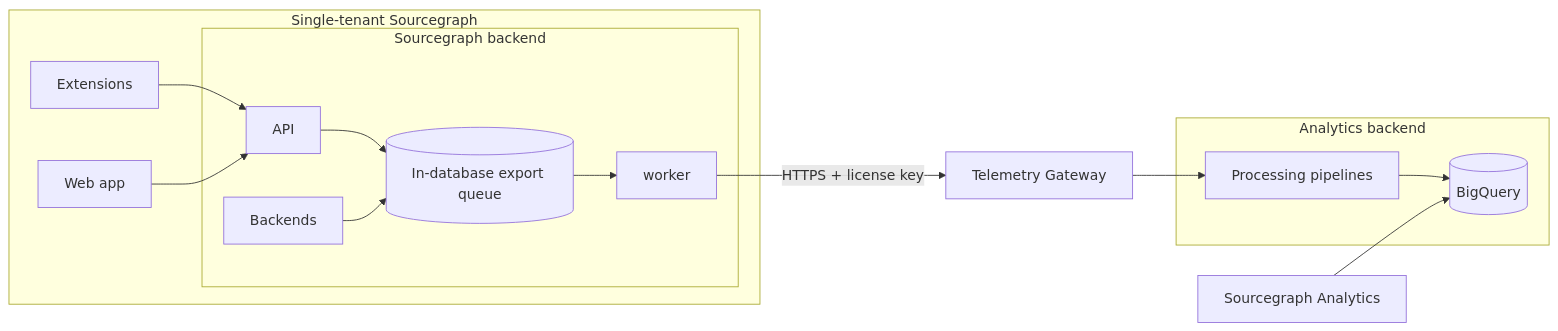
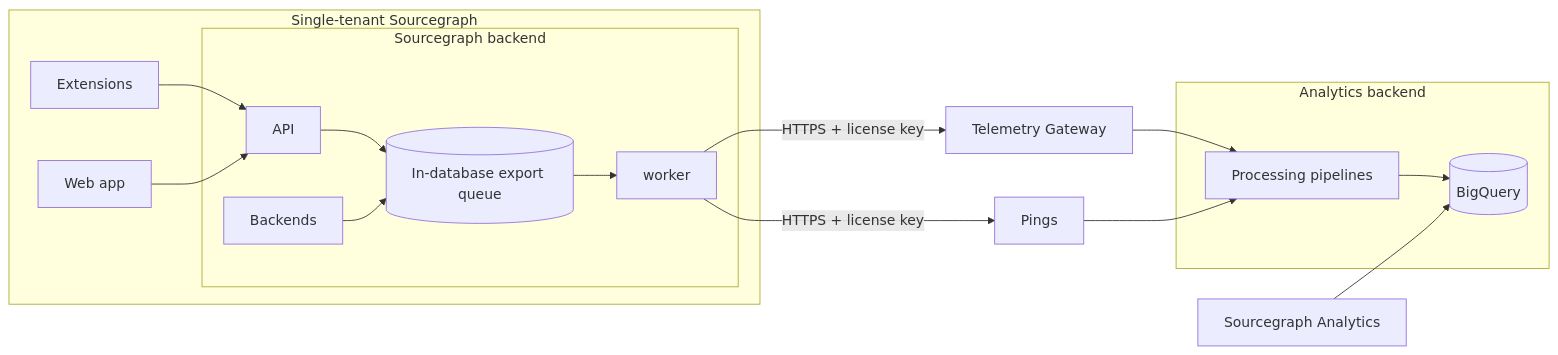
Before and after one commit to sourcegraph/docs: the fourth of 4 diagrams in docs/admin/architecture.mdx, drawn with Mermaid. The commit also changed other lines of this file, not shown here.

````diff
--- a/docs/admin/architecture.mdx
+++ b/docs/admin/architecture.mdx
@@ -365,25 +362,27 @@
 ```mermaid
 flowchart LR
     subgraph "Single-tenant Sourcegraph"
         ext[Extensions] --> api
         web[Web app] --> api
 
         subgraph sg["Sourcegraph backend"]
             api[API] --> db[("In-database export queue")]
             svc[Backends] --> db
             db --> worker
         end
     end
 
+    worker -- "HTTPS + license key" --> pings[Pings]
     worker -- "HTTPS + license key" --> tg[Telemetry Gateway]
 
     tg --> pipelines
+    pings --> pipelines
     subgraph datalake["Analytics backend"]
         pipelines[Processing pipelines]
         pipelines --> bq[(BigQuery)]
     end
 
     analytics[Sourcegraph Analytics]
     analytics --> bq
     click analytics "https://analytics.sourcegraph.com"
 ```
````
